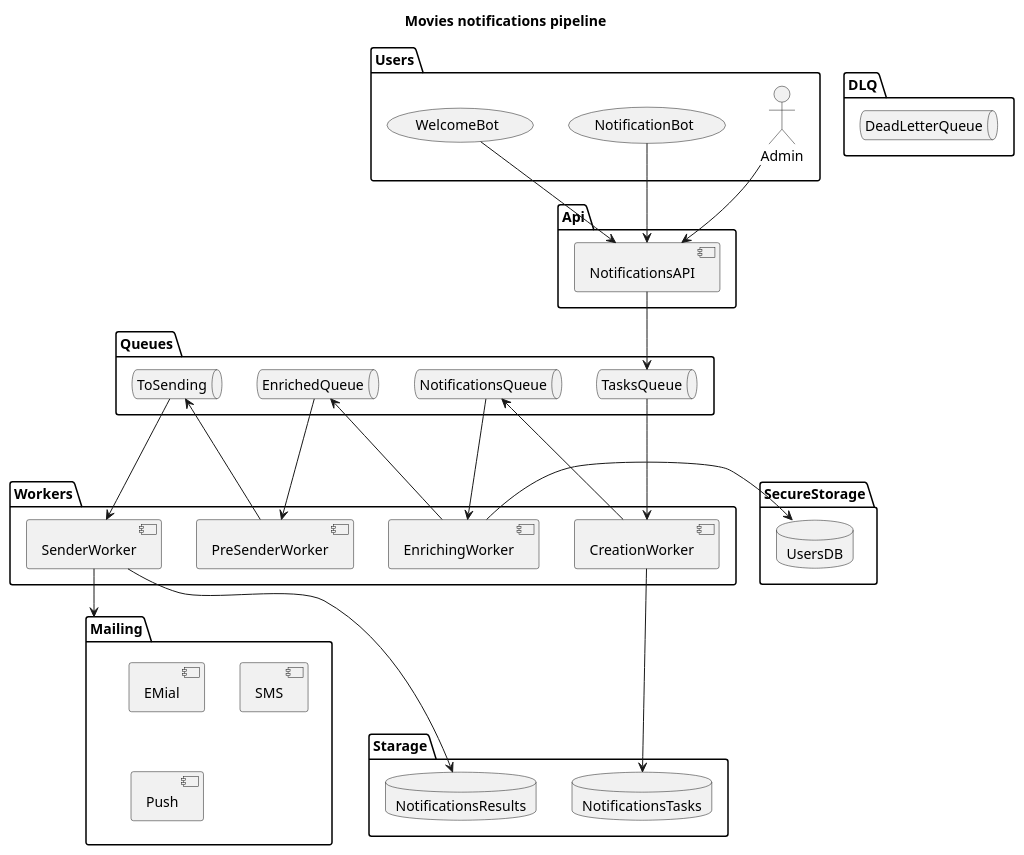
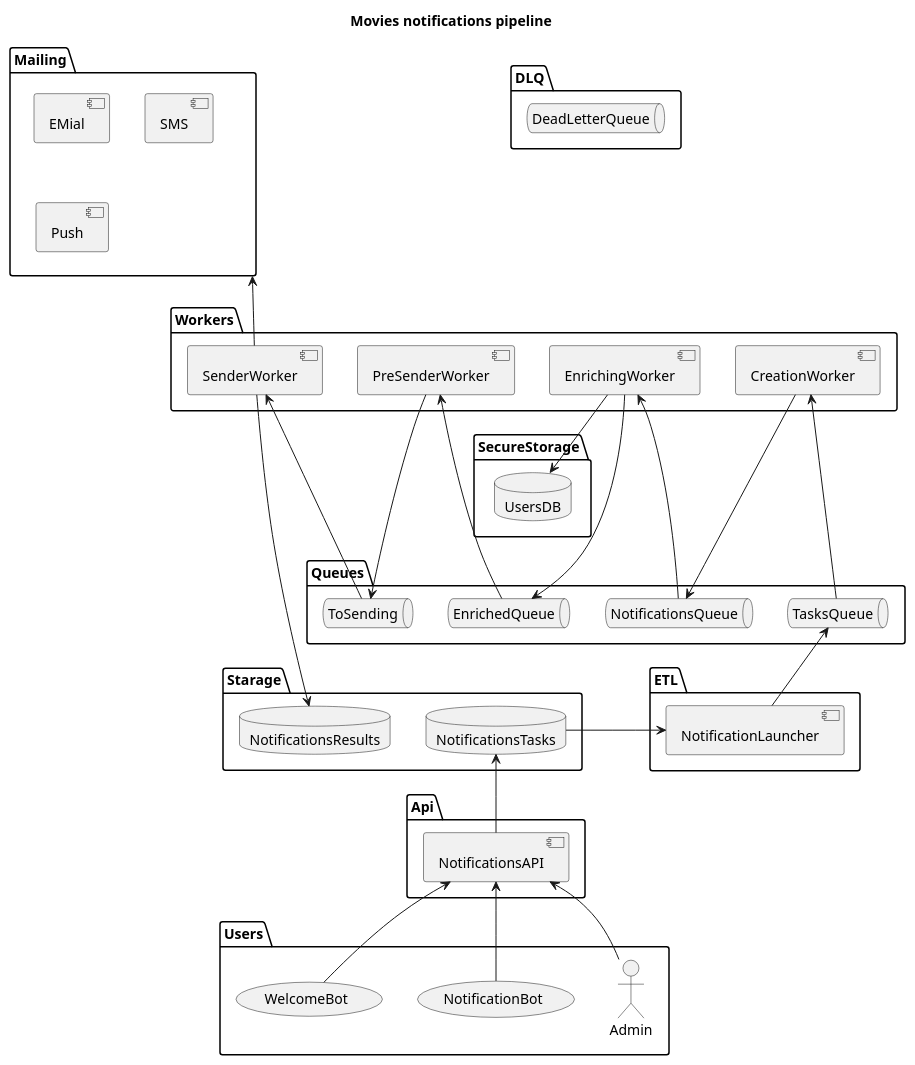
One commit to artwist-polyakov/Auth_sprint_1 changed the diagram in docs/c2-notifications.puml. Above: the diagram before and after it, drawn with PlantUML.

Commit message:
обновляет схему

```diff
--- a/docs/c2-notifications.puml
+++ b/docs/c2-notifications.puml
@@ -1,67 +1,72 @@
 @startuml
 
 
 title
 <b>Movies notifications pipeline</b>
 end title
 
 package Users {
     actor Admin
     usecase NotificationBot
     usecase WelcomeBot
+}
+
+package ETL {
+    component NotificationLauncher
 }
 
 package Starage {
     database NotificationsTasks
     database NotificationsResults
 }
 
 package SecureStorage {
     database UsersDB
 }
 
 package Api {
     component NotificationsAPI
 }
 
 package Queues {
     queue TasksQueue
     queue NotificationsQueue
     queue EnrichedQueue
     queue ToSending
 }
 
 package DLQ {
     queue DeadLetterQueue
 }
 
 package Workers {
     component CreationWorker
     component EnrichingWorker
     component PreSenderWorker
     component SenderWorker
 }
 
 package Mailing {
     component EMial
     component SMS
     component Push
 }
 
-Admin -down-> NotificationsAPI
-NotificationBot  -down-> NotificationsAPI
-WelcomeBot  -down-> NotificationsAPI
-NotificationsAPI -down-> TasksQueue
-TasksQueue --down-> CreationWorker
-CreationWorker --up-> NotificationsQueue
-NotificationsQueue --down-> EnrichingWorker
-EnrichingWorker --up-> EnrichedQueue
-EnrichingWorker -> UsersDB
-EnrichedQueue --down-> PreSenderWorker
-PreSenderWorker --up-> ToSending
-ToSending --down-> SenderWorker
+Admin -up-> NotificationsAPI
+NotificationBot  -up-> NotificationsAPI
+WelcomeBot  -up-> NotificationsAPI
+NotificationsAPI -up-> NotificationsTasks
+NotificationsTasks -right-> NotificationLauncher
+NotificationLauncher -up-> TasksQueue
+TasksQueue --up-> CreationWorker
+CreationWorker --down-> NotificationsQueue
+NotificationsQueue --up-> EnrichingWorker
+EnrichingWorker --down-> EnrichedQueue
+EnrichingWorker --> UsersDB
+EnrichedQueue --up-> PreSenderWorker
+PreSenderWorker --down-> ToSending
+ToSending --up-> SenderWorker
 SenderWorker --down-> NotificationsResults
-CreationWorker --down-> NotificationsTasks
-SenderWorker -down-> Mailing
+SenderWorker --up-> Mailing
 
 @enduml
```
